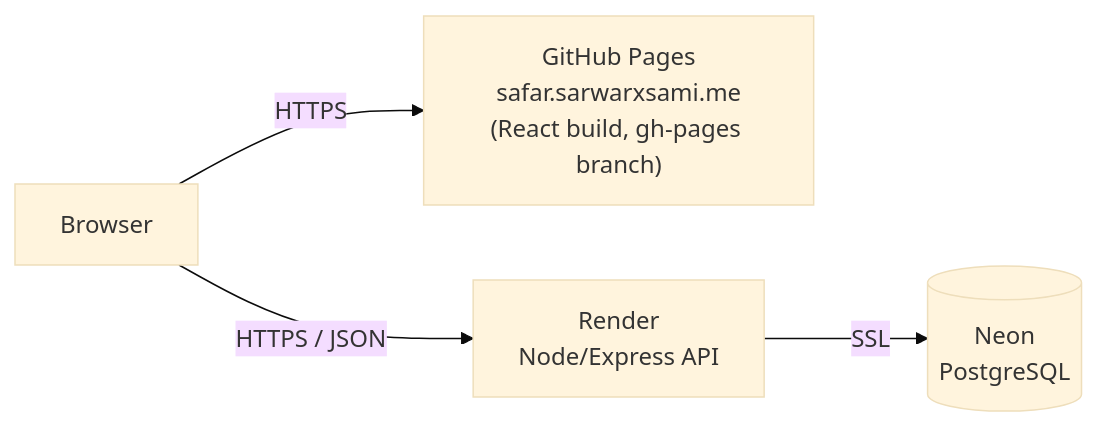
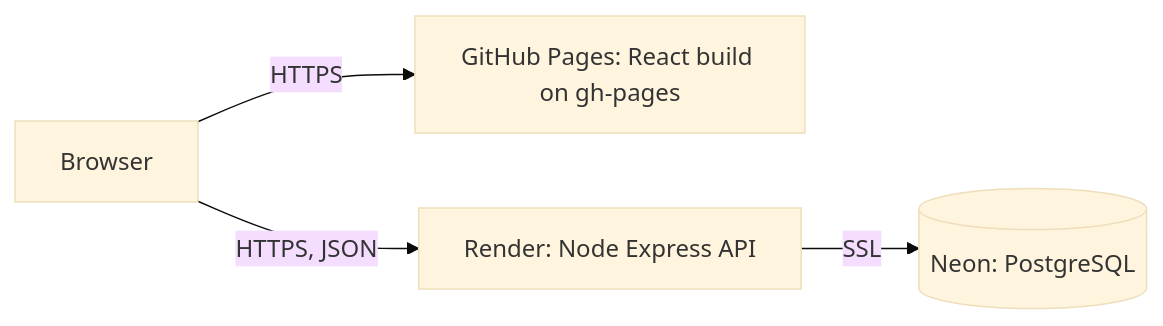
The second of 2 diagrams in README.md (sarwarxsami/Safar), drawn with Mermaid (base theme) before and after one commit. The commit also changed other lines of this file, not shown here.

Commit message:
Fix README diagrams

````diff
--- a/README.md
+++ b/README.md
@@ -154,6 +154,6 @@
 ```mermaid
 flowchart LR
-    U[Browser] -->|HTTPS| GP["GitHub Pages<br/>safar.sarwarxsami.me<br/>(React build, gh-pages branch)"]
-    U -->|HTTPS / JSON| R["Render<br/>Node/Express API"]
-    R -->|SSL| N[("Neon<br/>PostgreSQL")]
+    U["Browser"] -->|HTTPS| GP["GitHub Pages: React build on gh-pages"]
+    U -->|"HTTPS, JSON"| R["Render: Node Express API"]
+    R -->|SSL| N[("Neon: PostgreSQL")]
 ```
````
